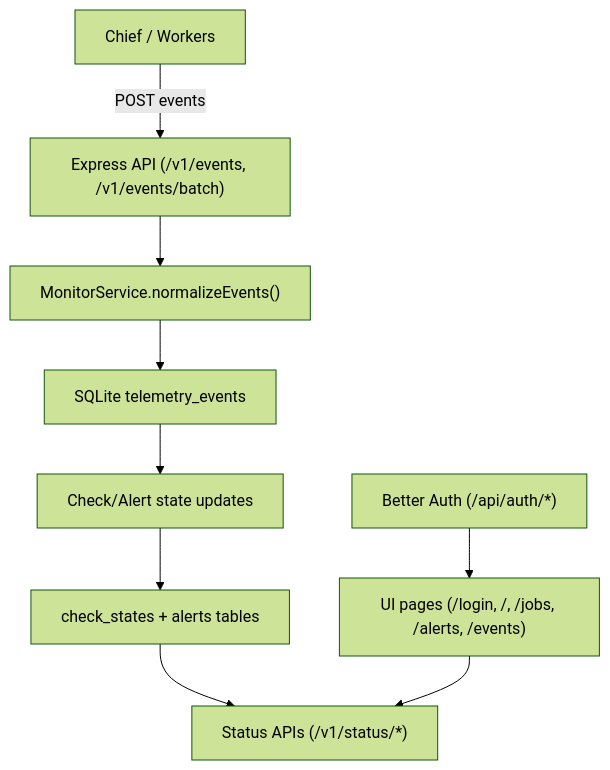
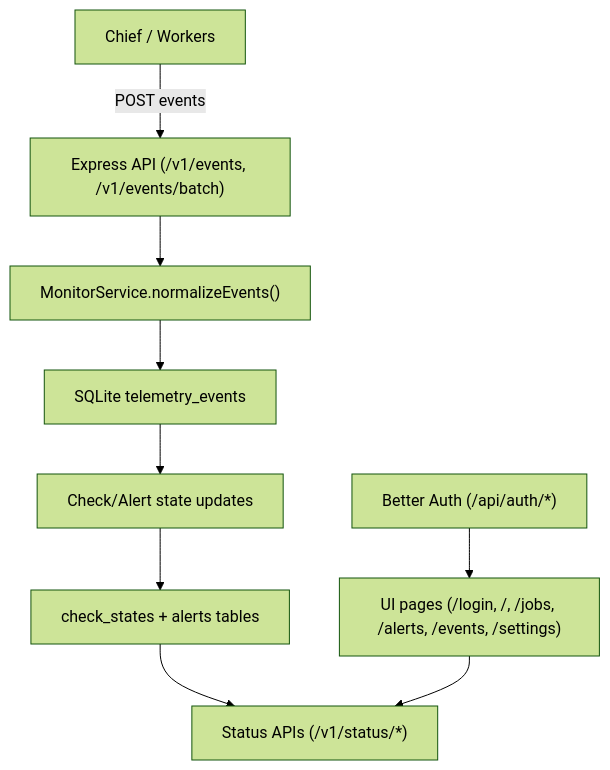
The diagram in docs/MONITOR_TECHNICAL_GUIDE.md (joshelvn11/gulag-monitor), drawn with Mermaid (forest theme) before and after one commit. The commit also changed other lines of this file and 23 other files, not shown here.

````diff
--- a/docs/MONITOR_TECHNICAL_GUIDE.md
+++ b/docs/MONITOR_TECHNICAL_GUIDE.md
@@ -49,11 +49,11 @@
 ```mermaid
 flowchart TD
   A["Chief / Workers"] -->|POST events| B["Express API (/v1/events, /v1/events/batch)"]
   B --> C["MonitorService.normalizeEvents()"]
   C --> D["SQLite telemetry_events"]
   D --> E["Check/Alert state updates"]
   E --> F["check_states + alerts tables"]
-  I["Better Auth (/api/auth/*)"] --> H["UI pages (/login, /, /jobs, /alerts, /events)"]
+  I["Better Auth (/api/auth/*)"] --> H["UI pages (/login, /, /jobs, /alerts, /events, /settings)"]
   F --> G["Status APIs (/v1/status/*)"]
   H --> G
 ```
````
